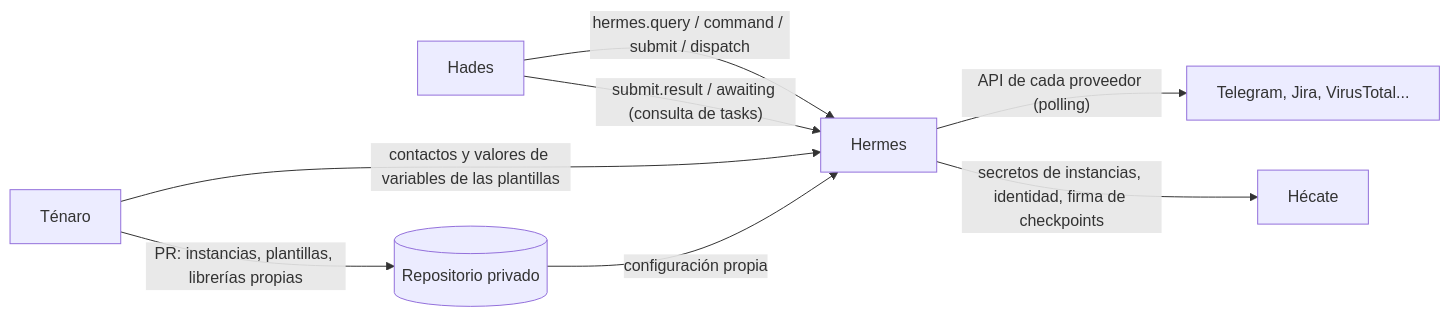
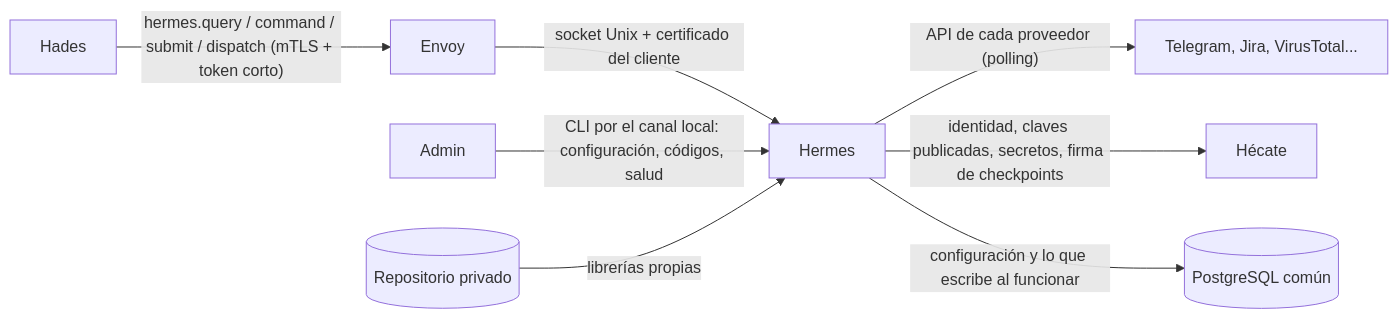
Before and after one commit to xandro30/Cerbero: the first of 4 diagrams in docs/hermes.md, drawn with Mermaid. The commit also changed other lines of this file and 244 other files, not shown here.

````diff
--- a/docs/hermes.md
+++ b/docs/hermes.md
@@ -27,10 +27,10 @@
 ```mermaid
 flowchart LR
-    Hades -- "hermes.query / command / submit / dispatch" --> Hermes
-    Hades -- "submit.result / awaiting (consulta de tasks)" --> Hermes
-    Tenaro[Ténaro] -- "PR: instancias, plantillas, librerías propias" --> Repo[(Repositorio privado)]
-    Tenaro -- "contactos y valores de variables de las plantillas" --> Hermes
-    Repo -- "configuración propia" --> Hermes
+    Hades -- "hermes.query / command / submit / dispatch (mTLS + token corto)" --> Envoy
+    Envoy -- "socket Unix + certificado del cliente" --> Hermes
+    Admin -- "CLI por el canal local: configuración, códigos, salud" --> Hermes
+    Repo[(Repositorio privado)] -- "librerías propias" --> Hermes
     Hermes -- "API de cada proveedor (polling)" --> Proveedores[Telegram, Jira, VirusTotal...]
-    Hermes -- "secretos de instancias, identidad, firma de checkpoints" --> Hecate[Hécate]
+    Hermes -- "identidad, claves publicadas, secretos, firma de checkpoints" --> Hecate[Hécate]
+    Hermes -- "configuración y lo que escribe al funcionar" --> DB[(PostgreSQL común)]
 ```
````
